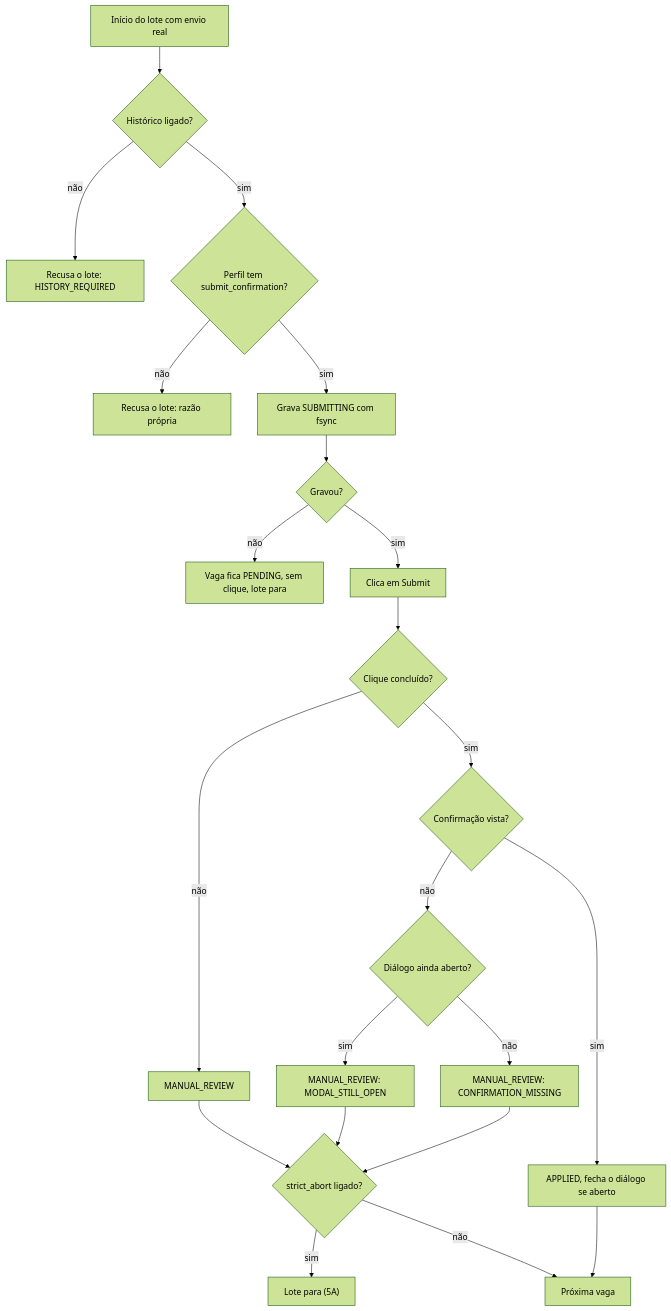
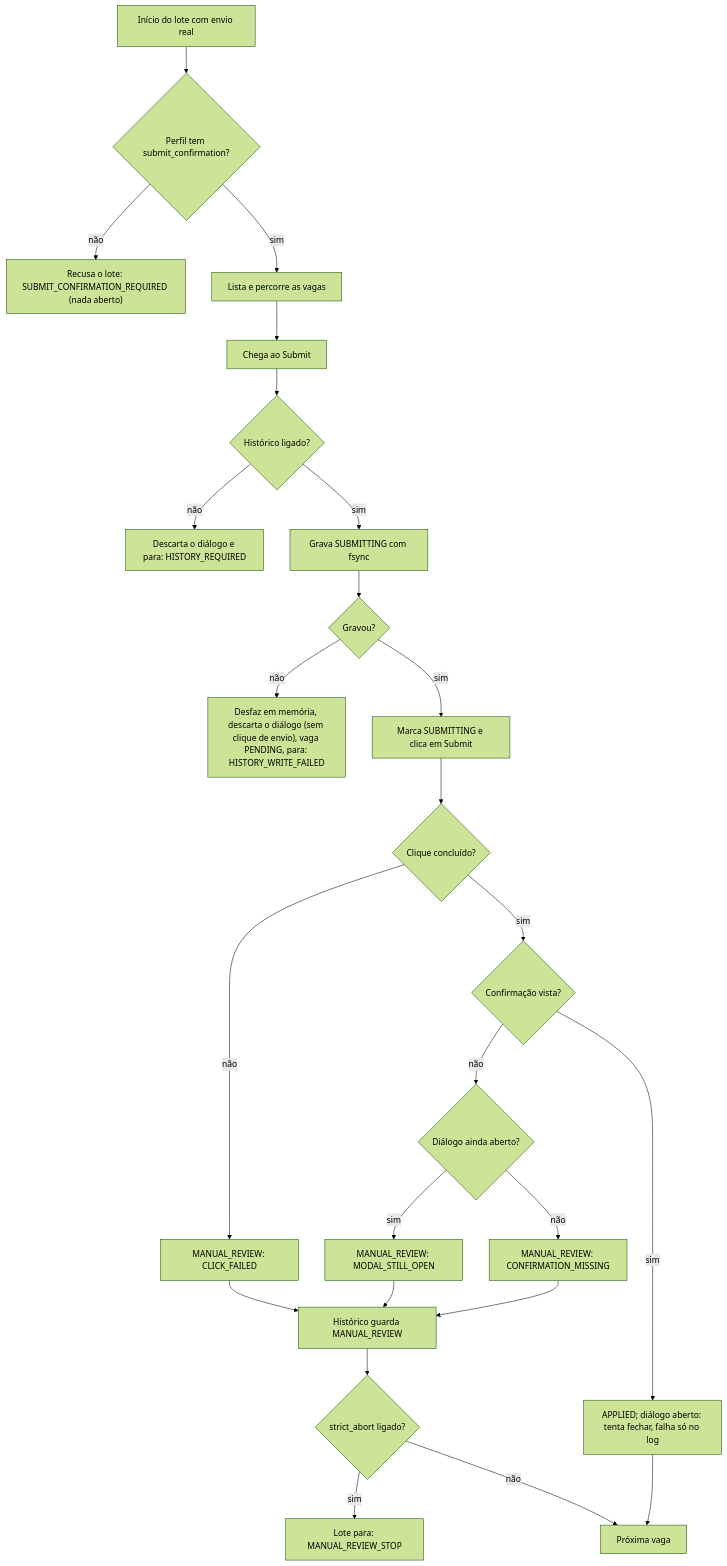
The diagram in NOTAS.md (nicolas-oliveira/ai-hawk), drawn with Mermaid (forest theme) before and after one commit. The commit also changed other lines of this file, not shown here.

````diff
--- a/NOTAS.md
+++ b/NOTAS.md
@@ -108,24 +152,26 @@
 ```mermaid
 flowchart TD
-  INI["Início do lote com envio real"] --> HIST{"Histórico ligado?"}
-  HIST -->|não| R1["Recusa o lote: HISTORY_REQUIRED"]
-  HIST -->|sim| CONF{"Perfil tem submit_confirmation?"}
-  CONF -->|não| R2["Recusa o lote: razão própria"]
-  CONF -->|sim| GRAVA["Grava SUBMITTING com fsync"]
+  INI["Início do lote com envio real"] --> CONF{"Perfil tem submit_confirmation?"}
+  CONF -->|não| R2["Recusa o lote: SUBMIT_CONFIRMATION_REQUIRED (nada aberto)"]
+  CONF -->|sim| LISTA["Lista e percorre as vagas"] --> SUB["Chega ao Submit"]
+  SUB --> HIST{"Histórico ligado?"}
+  HIST -->|não| R1["Descarta o diálogo e para: HISTORY_REQUIRED"]
+  HIST -->|sim| GRAVA["Grava SUBMITTING com fsync"]
   GRAVA --> GOK{"Gravou?"}
-  GOK -->|não| R3["Vaga fica PENDING, sem clique, lote para"]
-  GOK -->|sim| CLIQUE["Clica em Submit"]
+  GOK -->|não| R3["Desfaz em memória, descarta o diálogo (sem clique de envio), vaga PENDING, para: HISTORY_WRITE_FAILED"]
+  GOK -->|sim| CLIQUE["Marca SUBMITTING e clica em Submit"]
   CLIQUE --> COK{"Clique concluído?"}
-  COK -->|não| MR["MANUAL_REVIEW"]
+  COK -->|não| MR["MANUAL_REVIEW: CLICK_FAILED"]
   COK -->|sim| VIU{"Confirmação vista?"}
-  VIU -->|sim| OK["APPLIED, fecha o diálogo se aberto"]
-  VIU -->|não| ABERTO{"Diálogo ainda aberto?"}
-  ABERTO -->|sim| MR1["MANUAL_REVIEW: MODAL_STILL_OPEN"]
-  ABERTO -->|não| MR2["MANUAL_REVIEW: CONFIRMATION_MISSING"]
-  MR --> STRICT{"strict_abort ligado?"}
-  MR1 --> STRICT
-  MR2 --> STRICT
-  STRICT -->|sim| PARA["Lote para (5A)"]
-  STRICT -->|não| PROX["Próxima vaga"]
+  VIU -->|sim| OK["APPLIED; diálogo aberto: tenta fechar, falha só no log"]
+  VIU -->|não| AB{"Diálogo ainda aberto?"}
+  AB -->|sim| MR1["MANUAL_REVIEW: MODAL_STILL_OPEN"]
+  AB -->|não| MR2["MANUAL_REVIEW: CONFIRMATION_MISSING"]
+  MR --> PUT["Histórico guarda MANUAL_REVIEW"]
+  MR1 --> PUT
+  MR2 --> PUT
+  PUT --> ST{"strict_abort ligado?"}
+  ST -->|sim| PARA["Lote para: MANUAL_REVIEW_STOP"]
+  ST -->|não| PROX["Próxima vaga"]
   OK --> PROX
 ```
````
